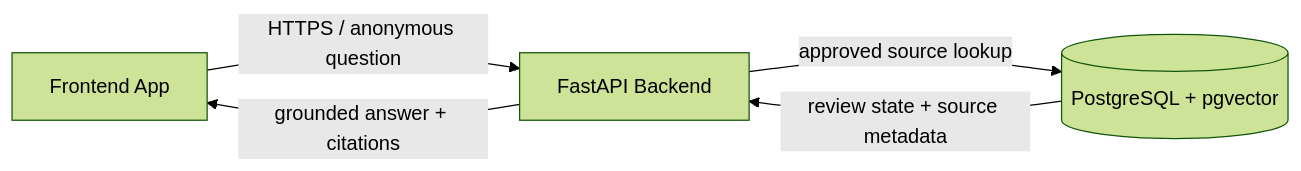
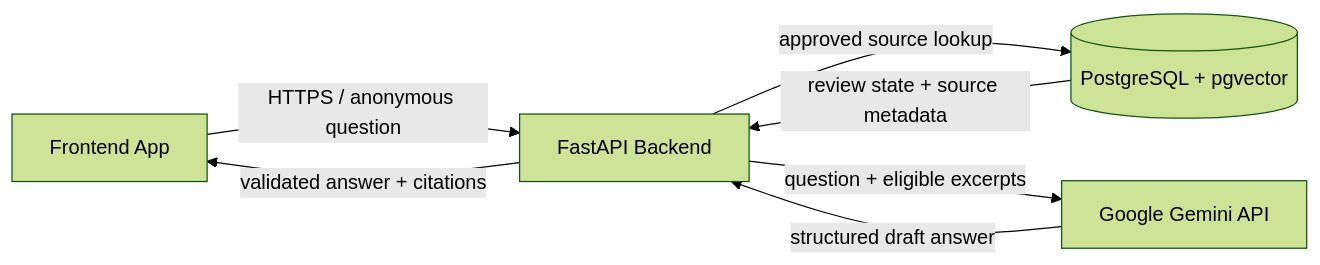
One commit to PNWCS/Fall2026SoftwareDesignChatBot changed the first of 2 diagrams in specs/001-pnw-student-information-chatbot/plan.md. Above: the diagram before and after it, drawn with Mermaid (forest theme). The commit also changed other lines of this file and 2 other files, not shown here.

Commit message:
modifed plan to add google gemini api

````diff
--- a/specs/001-pnw-student-information-chatbot/plan.md
+++ b/specs/001-pnw-student-information-chatbot/plan.md
@@ -97,7 +97,9 @@
 ```mermaid
 flowchart LR
     A[Frontend App] -->|HTTPS / anonymous question| B[FastAPI Backend]
     B -->|approved source lookup| C[(PostgreSQL + pgvector)]
-    B -->|grounded answer + citations| A
     C -->|review state + source metadata| B
+    B -->|question + eligible excerpts| D[Google Gemini API]
+    D -->|structured draft answer| B
+    B -->|validated answer + citations| A
 ```
````
